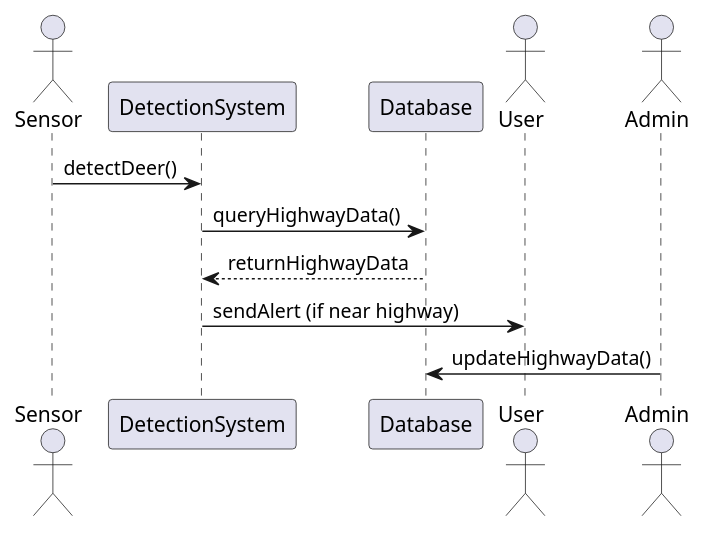
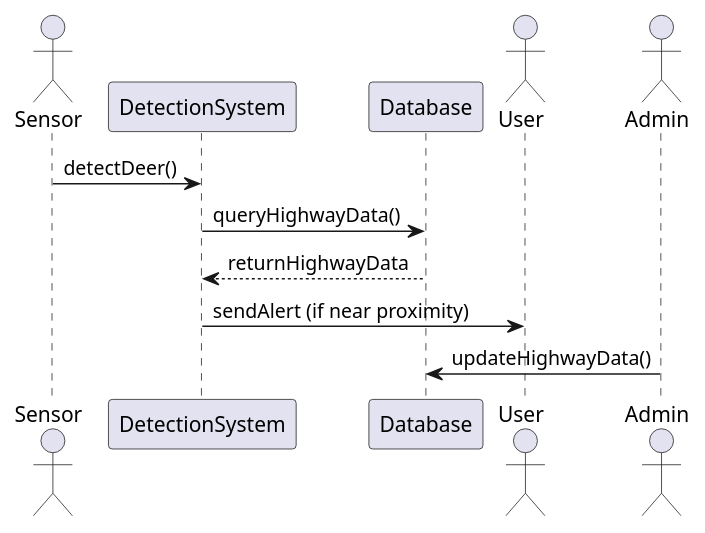
The diagram in docs/diagrams/sequence.puml (kxs1119/Detection-System), drawn with PlantUML before and after one commit. The commit also changed 4 other files, not shown here.

Commit message:
updated plantuml

```diff
--- a/docs/diagrams/sequence.puml
+++ b/docs/diagrams/sequence.puml
@@ -1,15 +1,15 @@
 @startuml
 
 actor Sensor
 participant DetectionSystem
 participant Database
 actor User
 actor Admin
 
 Sensor -> DetectionSystem : detectDeer()
 DetectionSystem -> Database : queryHighwayData()
 Database --> DetectionSystem : returnHighwayData
-DetectionSystem -> User : sendAlert (if near highway)
+DetectionSystem -> User : sendAlert (if near proximity)
 Admin -> Database : updateHighwayData()
 
 @enduml
```
